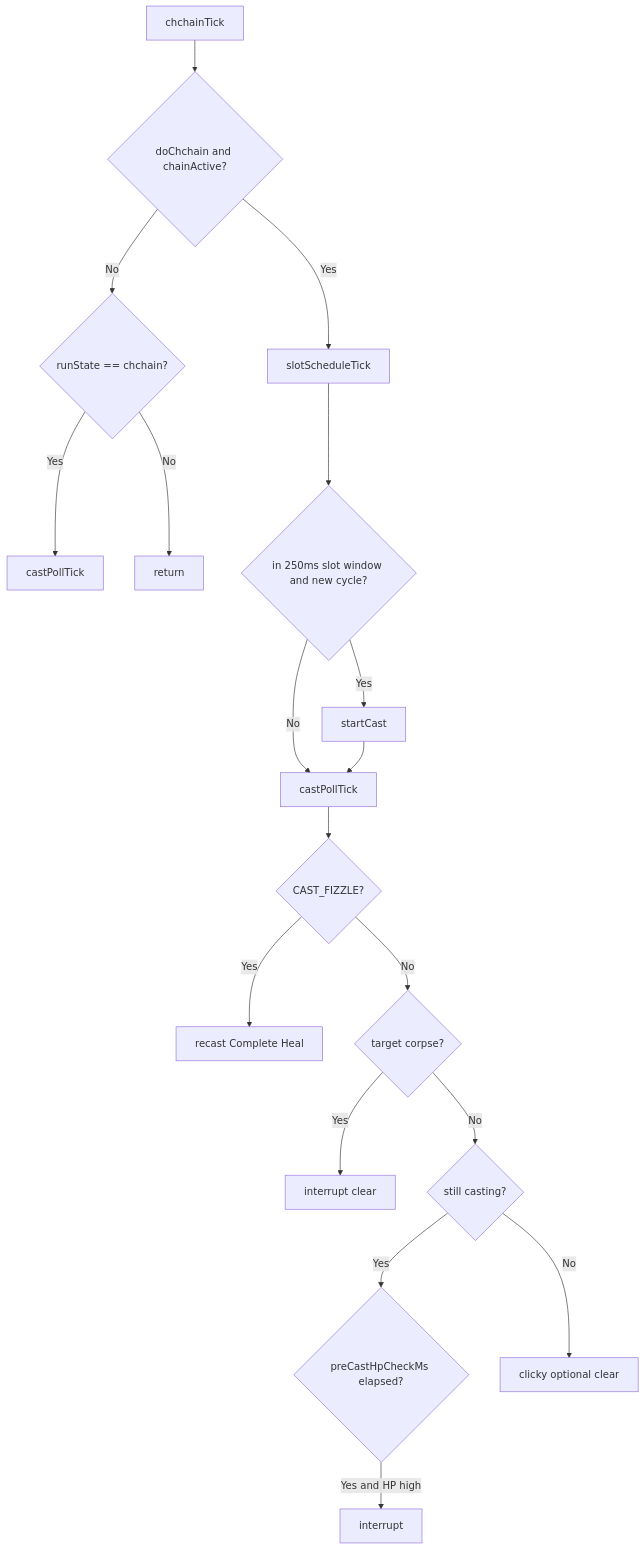
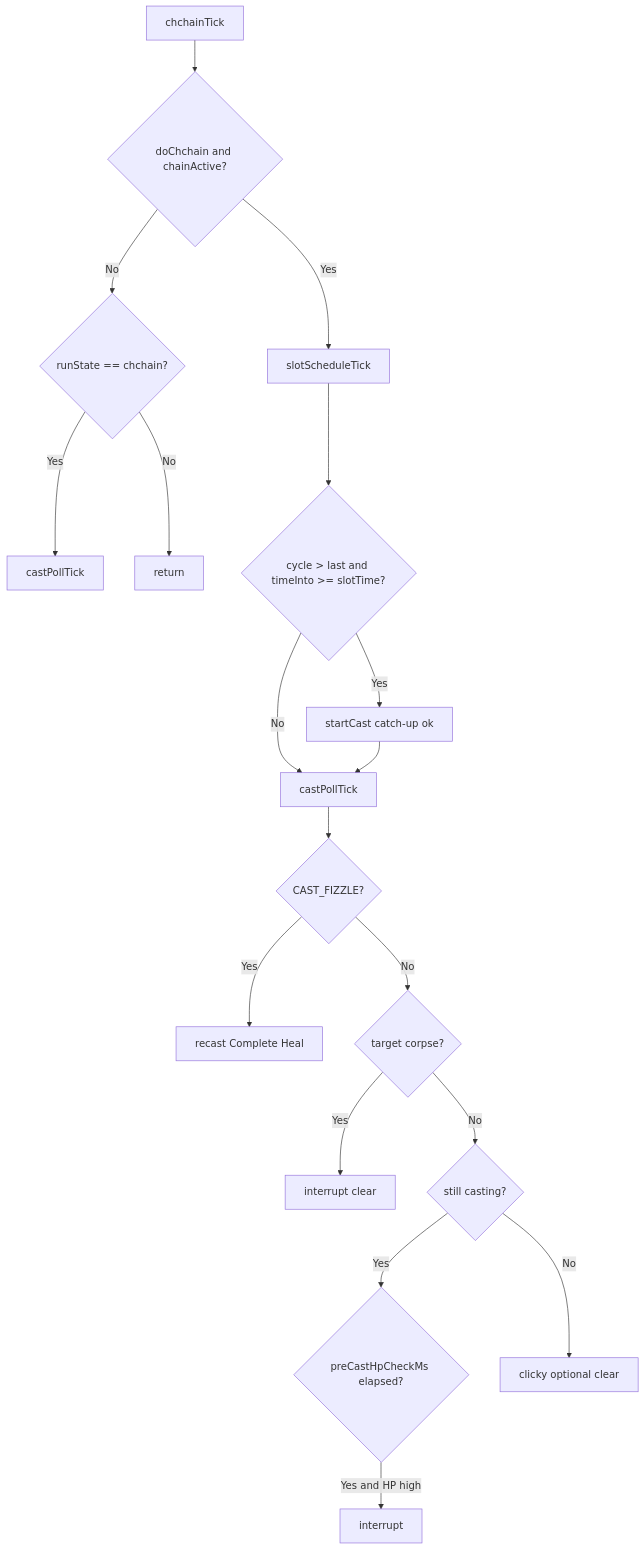
One commit to Cezero/czbot changed the diagram in docs/botlogic/hook-chchain.md. Above: the diagram before and after it, drawn with Mermaid. The commit also changed other lines of this file and 13 other files, not shown here.

````diff
--- a/docs/botlogic/hook-chchain.md
+++ b/docs/botlogic/hook-chchain.md
@@ -10,20 +12,20 @@
 ```mermaid
 flowchart TB
     Start[chchainTick] --> Active{doChchain and chainActive?}
     Active -->|No| CastOnly{runState == chchain?}
     CastOnly -->|Yes| Poll[castPollTick]
     CastOnly -->|No| End[return]
     Active -->|Yes| Slot[slotScheduleTick]
-    Slot --> Window{in 250ms slot window and new cycle?}
-    Window -->|Yes| Cast[startCast]
-    Window -->|No| Poll2[castPollTick]
+    Slot --> Due{"cycle > last and timeInto >= slotTime?"}
+    Due -->|Yes| Cast[startCast catch-up ok]
+    Due -->|No| Poll2[castPollTick]
     Cast --> Poll2
     Poll2 --> Fizzle{CAST_FIZZLE?}
     Fizzle -->|Yes| Recast[recast Complete Heal]
     Fizzle -->|No| Corpse{target corpse?}
     Corpse -->|Yes| Clear[interrupt clear]
     Corpse -->|No| Casting{still casting?}
     Casting -->|Yes| PreLand{preCastHpCheckMs elapsed?}
     PreLand -->|Yes and HP high| StopCast[interrupt]
     Casting -->|No| Done[clicky optional clear]
 ```
````
